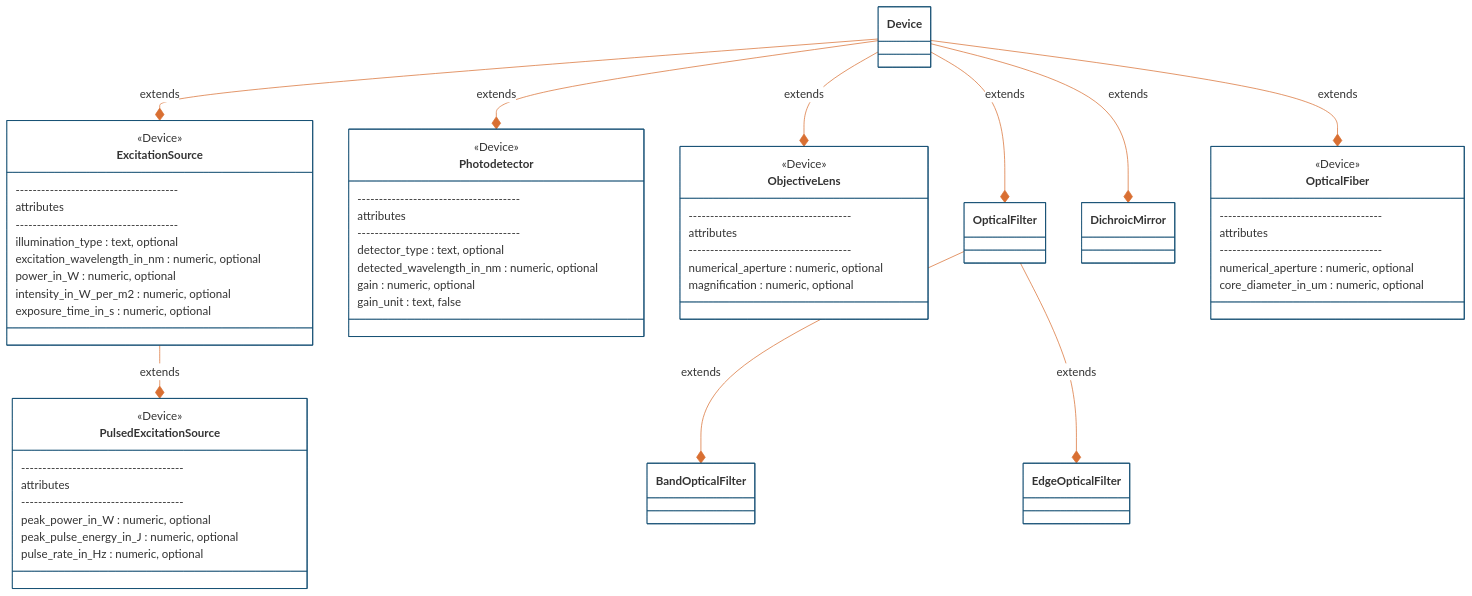
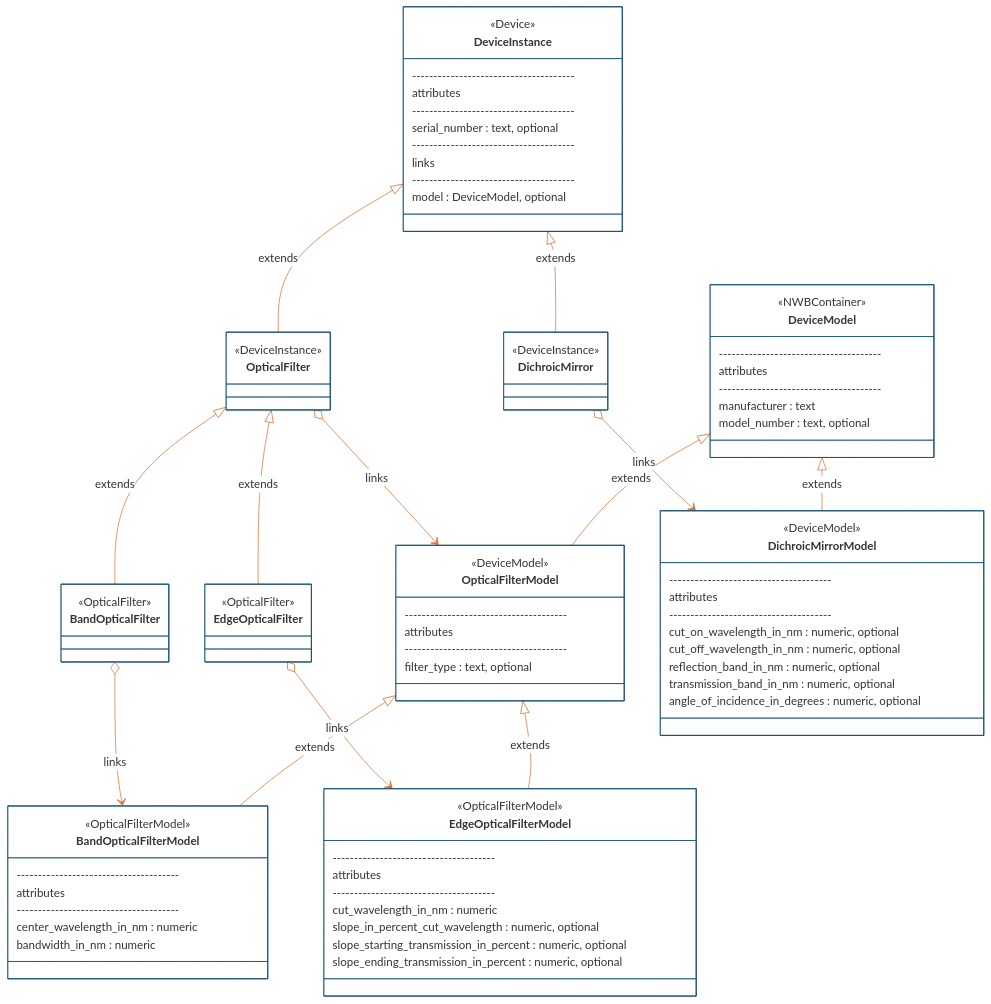
Before and after one commit to catalystneuro/ndx-ophys-devices: the fourth of 4 diagrams in README.md, drawn with Mermaid. The commit also changed other lines of this file, not shown here.

Commit message:
Refactor README to categorize neurodata types and update device model and instance descriptions

````diff
--- a/README.md
+++ b/README.md
@@ -228,61 +515,99 @@
 ```mermaid
 %%{init: {'theme': 'base', 'themeVariables': {'primaryColor': '#ffffff', "primaryBorderColor': '#144E73', 'lineColor': '#D96F32'}}}%%
 classDiagram
-    direction BT
-    class ExcitationSource{
+    direction TB 
+    
+    class DeviceModel{
+        <<NWBContainer>>
+        --------------------------------------
+        attributes
+        --------------------------------------
+        manufacturer : text
+        model_number : text, optional
+    }
+    
+    class DeviceInstance{
         <<Device>>
         --------------------------------------
         attributes
         --------------------------------------
-        illumination_type : text, optional
-        excitation_wavelength_in_nm : numeric, optional
-        power_in_W : numeric, optional
-        intensity_in_W_per_m2 : numeric, optional
-        exposure_time_in_s : numeric, optional
+        serial_number : text, optional
+        --------------------------------------
+        links
+        --------------------------------------
+        model : DeviceModel, optional
     }
-    class PulsedExcitationSource{
-        <<Device>>
+    
+    class OpticalFilterModel{
+        <<DeviceModel>>
         --------------------------------------
         attributes
         --------------------------------------
-        peak_power_in_W : numeric, optional
-        peak_pulse_energy_in_J : numeric, optional
-        pulse_rate_in_Hz : numeric, optional
+        filter_type : text, optional
     }
-    class Photodetector{
-        <<Device>>
+    
+    class OpticalFilter{
+        <<DeviceInstance>>
+    }
+    
+    class BandOpticalFilterModel{
+        <<OpticalFilterModel>>
         --------------------------------------
         attributes
         --------------------------------------
-        detector_type : text, optional
-        detected_wavelength_in_nm : numeric, optional
-        gain : numeric, optional
-        gain_unit : text, false
+        center_wavelength_in_nm : numeric
+        bandwidth_in_nm : numeric
     }
-    class ObjectiveLens{
-        <<Device>>
+    
+    class BandOpticalFilter{
+        <<OpticalFilter>>
+    }
+    
+    class EdgeOpticalFilterModel{
+        <<OpticalFilterModel>>
         --------------------------------------
         attributes
         --------------------------------------
-        numerical_aperture : numeric, optional
-        magnification : numeric, optional
+        cut_wavelength_in_nm : numeric
+        slope_in_percent_cut_wavelength : numeric, optional
+        slope_starting_transmission_in_percent : numeric, optional
+        slope_ending_transmission_in_percent : numeric, optional
     }
-    class OpticalFiber{
-        <<Device>>
+    
+    class EdgeOpticalFilter{
+        <<OpticalFilter>>
+    }
+    
+    class DichroicMirrorModel{
+        <<DeviceModel>>
         --------------------------------------
         attributes
         --------------------------------------
-        numerical_aperture : numeric, optional
-        core_diameter_in_um : numeric, optional
+        cut_on_wavelength_in_nm : numeric, optional
+        cut_off_wavelength_in_nm : numeric, optional
+        reflection_band_in_nm : numeric, optional
+        transmission_band_in_nm : numeric, optional
+        angle_of_incidence_in_degrees : numeric, optional
     }
     
-    ExcitationSource *-- Device : extends
-    PulsedExcitationSource *-- ExcitationSource : extends
-    Photodetector *-- Device : extends
-    ObjectiveLens *-- Device : extends
-    OpticalFilter *-- Device : extends
-    BandOpticalFilter *-- OpticalFilter : extends
-    EdgeOpticalFilter *-- OpticalFilter : extends
-    DichroicMirror *-- Device : extends
-    OpticalFiber *-- Device : extends
+    class DichroicMirror{
+        <<DeviceInstance>>
+    }
+    
+
+    DeviceModel <|-- OpticalFilterModel : extends
+    DeviceInstance <|-- OpticalFilter : extends
+    OpticalFilter o--> OpticalFilterModel : links
+    
+    OpticalFilterModel <|-- BandOpticalFilterModel : extends
+    OpticalFilter <|-- BandOpticalFilter : extends
+    BandOpticalFilter o--> BandOpticalFilterModel : links
+    
+    OpticalFilterModel <|-- EdgeOpticalFilterModel : extends
+    OpticalFilter <|-- EdgeOpticalFilter : extends
+    EdgeOpticalFilter o--> EdgeOpticalFilterModel : links
+
+    DeviceModel <|-- DichroicMirrorModel : extends
+    DeviceInstance <|-- DichroicMirror : extends
+    DichroicMirror o--> DichroicMirrorModel : links
 ```
````
